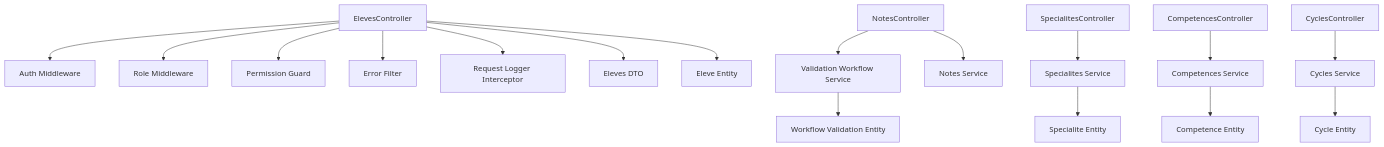
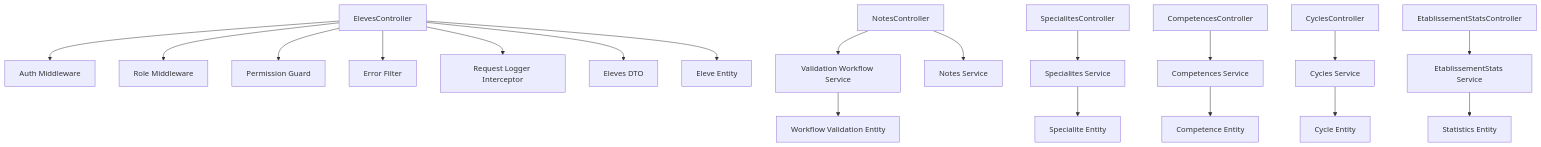
The tenth of 10 diagrams in .qoder/repowiki/en/content/Backend API Documentation/Academic Management API.md (franckylab/eLISAschool), drawn with Mermaid before and after one commit. The commit also changed other lines of this file and 95 other files, not shown here.

First line of the commit message:
refactor(architecture): corriger la source de vérité des informations établissement

````diff
--- a/.qoder/repowiki/en/content/Backend API Documentation/Academic Management API.md
+++ b/.qoder/repowiki/en/content/Backend API Documentation/Academic Management API.md
@@ -701,19 +804,21 @@
 ```mermaid
 graph TB
 ElevesCtrl["ElevesController"] --> AuthMW["Auth Middleware"]
 ElevesCtrl --> RoleMW["Role Middleware"]
 ElevesCtrl --> Guard["Permission Guard"]
 ElevesCtrl --> ErrorF["Error Filter"]
 ElevesCtrl --> LoggerI["Request Logger Interceptor"]
 ElevesCtrl --> ElevesDTO["Eleves DTO"]
 ElevesCtrl --> EleveEntity["Eleve Entity"]
 NotesCtrl["NotesController"] --> ValidationService["Validation Workflow Service"]
 NotesCtrl --> NotesService["Notes Service"]
 ValidationService --> WorkflowEntity["Workflow Validation Entity"]
 SpecialitesCtrl["SpecialitesController"] --> SpecialitesService["Specialites Service"]
 SpecialitesService --> SpecialiteEntity["Specialite Entity"]
 CompetencesCtrl["CompetencesController"] --> CompetencesService["Competences Service"]
 CompetencesService --> CompetenceEntity["Competence Entity"]
 CyclesCtrl["CyclesController"] --> CyclesService["Cycles Service"]
 CyclesService --> CycleEntity["Cycle Entity"]
+EtabStatsCtrl["EtablissementStatsController"] --> EtabStatsService["EtablissementStats Service"]
+EtabStatsService --> StatsEntity["Statistics Entity"]
 ```
````
